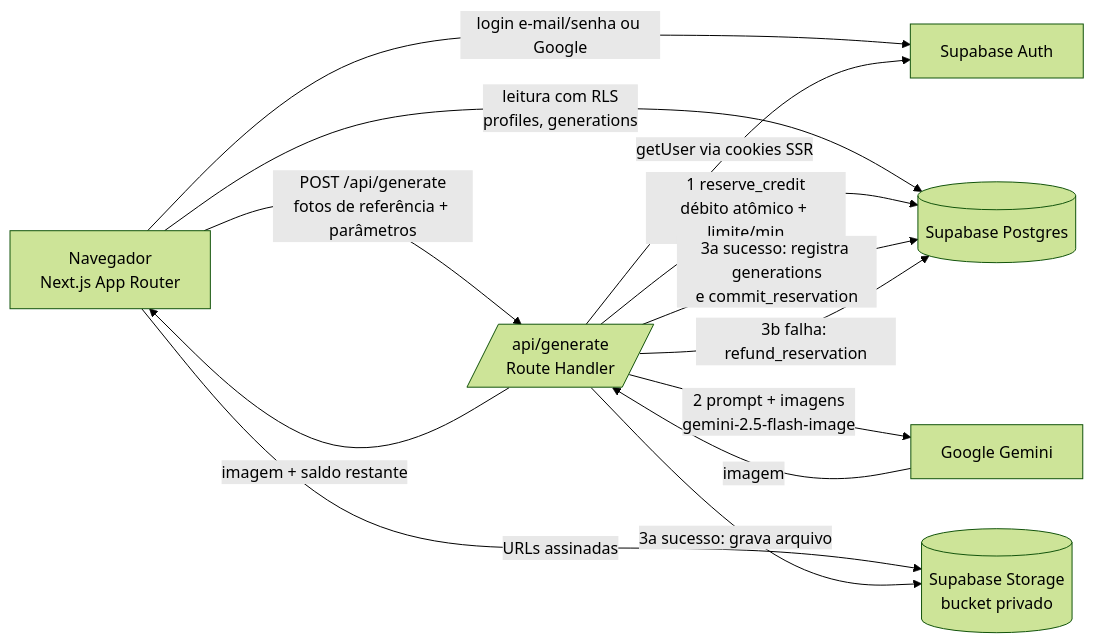
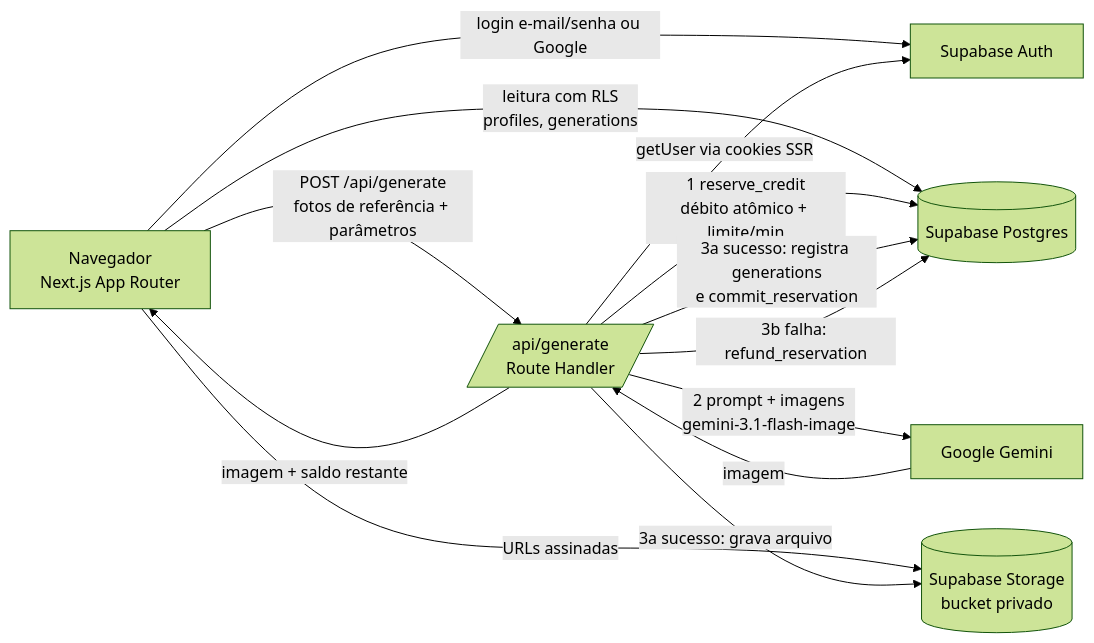
Before and after one commit to diaquinodev/estudio-fotos-marketplace: the diagram in README.md, drawn with Mermaid (forest theme). The commit also changed other lines of this file and 5 other files, not shown here.

````diff
--- a/README.md
+++ b/README.md
@@ -35,16 +35,16 @@
 ```mermaid
 flowchart LR
   U[Navegador<br/>Next.js App Router] -->|login e-mail/senha ou Google| SA[Supabase Auth]
   U -->|POST /api/generate<br/>fotos de referência + parâmetros| G[/api/generate<br/>Route Handler/]
   U -->|leitura com RLS<br/>profiles, generations| DB[(Supabase Postgres)]
   U -->|URLs assinadas| ST[(Supabase Storage<br/>bucket privado)]
 
   G -->|getUser via cookies SSR| SA
   G -->|1 reserve_credit<br/>débito atômico + limite/min| DB
-  G -->|2 prompt + imagens<br/>gemini-2.5-flash-image| GM[Google Gemini]
+  G -->|2 prompt + imagens<br/>gemini-3.1-flash-image| GM[Google Gemini]
   GM -->|imagem| G
   G -->|3a sucesso: grava arquivo| ST
   G -->|3a sucesso: registra generations<br/>e commit_reservation| DB
   G -->|3b falha: refund_reservation| DB
   G -->|imagem + saldo restante| U
 ```
````
